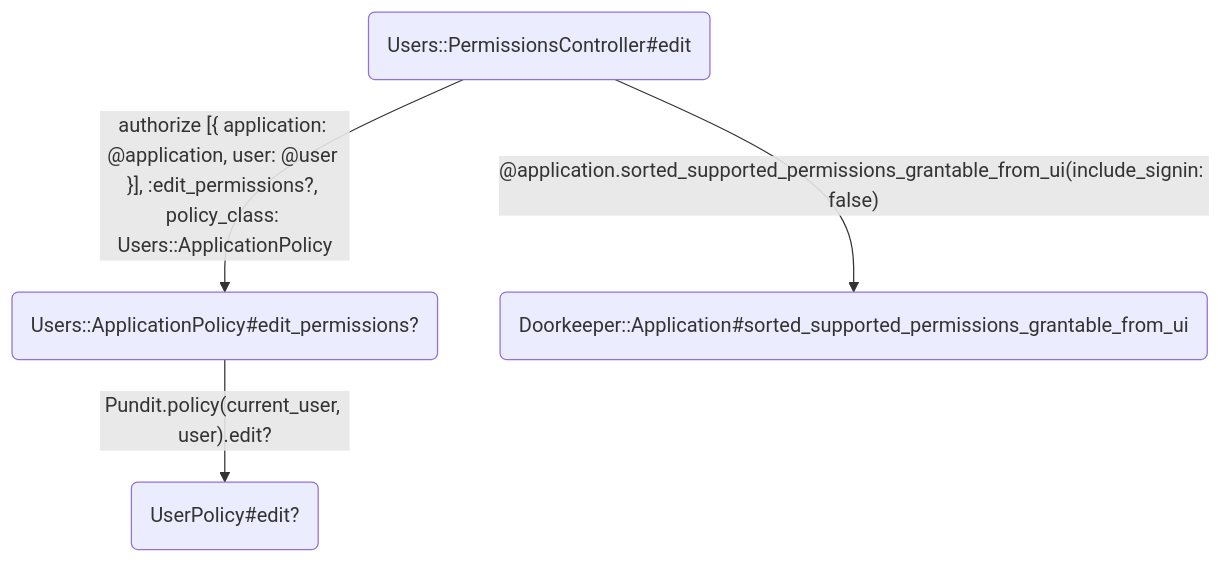
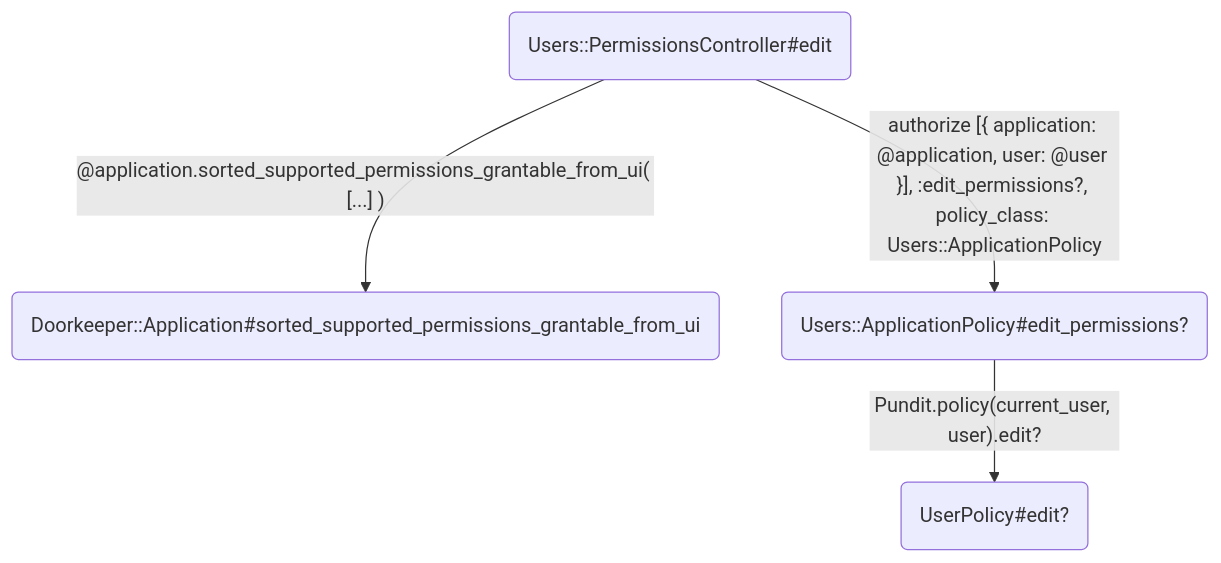
One commit to alphagov/signon changed the ninth of 12 diagrams in docs/access_and_permissions.md. Above: the diagram before and after it, drawn with Mermaid. The commit also changed other lines of this file, not shown here.

First line of the commit message:
Update access and permissions documentation

````diff
--- a/docs/access_and_permissions.md
+++ b/docs/access_and_permissions.md
@@ -225,6 +222,6 @@
 ```mermaid
 flowchart TD
-    A(Users::PermissionsController#edit) --authorize [{ application: @application, user: @user }], :edit_permissions?, policy_class: Users::ApplicationPolicy--> B(Users::ApplicationPolicy#edit_permissions?)
-    B --Pundit.policy(current_user, user).edit?--> C(UserPolicy#edit?)
-    A --@application.sorted_supported_permissions_grantable_from_ui(include_signin: false)--> D(Doorkeeper::Application#sorted_supported_permissions_grantable_from_ui)
+    A(Users::PermissionsController#edit) --@application.sorted_supported_permissions_grantable_from_ui( [...] )--> B(Doorkeeper::Application#sorted_supported_permissions_grantable_from_ui)
+    A --authorize [{ application: @application, user: @user }], :edit_permissions?, policy_class: Users::ApplicationPolicy--> C(Users::ApplicationPolicy#edit_permissions?)
+    C --Pundit.policy(current_user, user).edit?--> D(UserPolicy#edit?)
 ```
````
